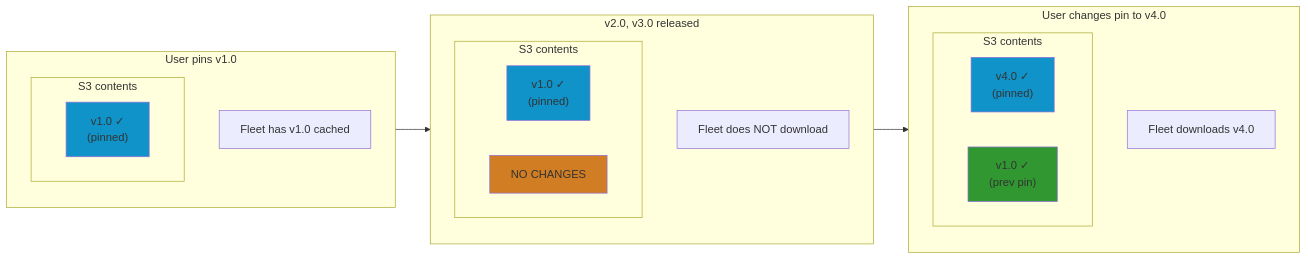
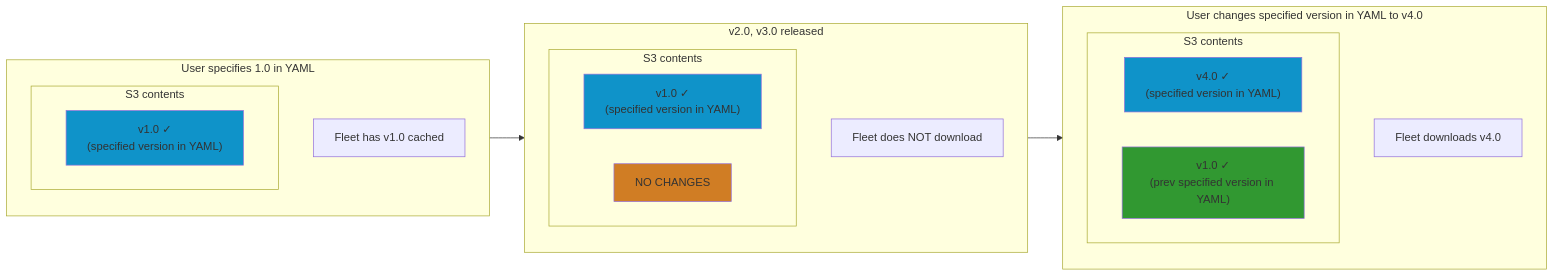
Before and after one commit to fleetdm/fleet: the second of 4 diagrams in docs/Contributing/product-groups/software/rollback-fleet-maintained-app-version.md, drawn with Mermaid. The commit also changed other lines of this file, not shown here.

````diff
--- a/docs/Contributing/product-groups/software/rollback-fleet-maintained-app-version.md
+++ b/docs/Contributing/product-groups/software/rollback-fleet-maintained-app-version.md
@@ -62,36 +62,36 @@
 ```mermaid
 flowchart LR
-    subgraph T1["User pins v1.0"]
+    subgraph T1["User specifies 1.0 in YAML"]
         direction TB
         S1_title["Fleet has v1.0 cached"]
         subgraph S1["S3 contents"]
-            S1_v1["v1.0 ✓<br/>(pinned)"]
+            S1_v1["v1.0 ✓<br/>(specified version in YAML)"]
         end
     end
 
     subgraph T2["v2.0, v3.0 released"]
         direction TB
         S2_title["Fleet does NOT download"]
         subgraph S2["S3 contents"]
-            S2_v1["v1.0 ✓<br/>(pinned)"]
+            S2_v1["v1.0 ✓<br/>(specified version in YAML)"]
             S2_note["NO CHANGES"]
         end
     end
 
-    subgraph T3["User changes pin to v4.0"]
+    subgraph T3["User changes specified version in YAML to v4.0"]
         direction TB
         S3_title["Fleet downloads v4.0"]
         subgraph S3["S3 contents"]
-            S3_v4["v4.0 ✓<br/>(pinned)"]
-            S3_v1["v1.0 ✓<br/>(prev pin)"]
+            S3_v4["v4.0 ✓<br/>(specified version in YAML)"]
+            S3_v1["v1.0 ✓<br/>(prev specified version in YAML)"]
         end
     end
 
     T1 --> T2 --> T3
 
     style S1_v1 fill:#0F93C9
     style S2_v1 fill:#0F93C9
     style S2_note fill:#D07D24
     style S3_v4 fill:#0F93C9
     style S3_v1 fill:#319831
 ```
````
